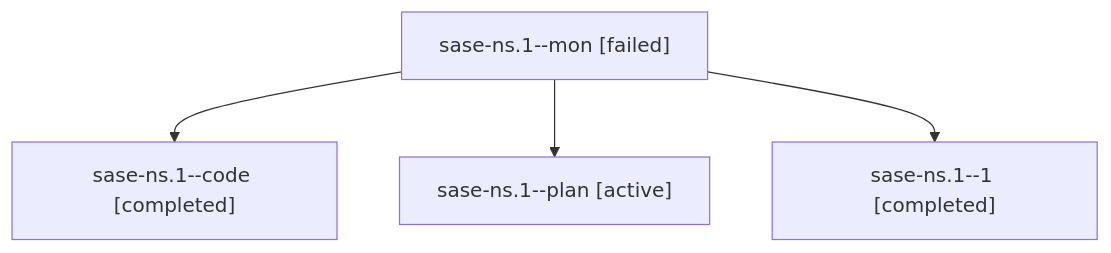
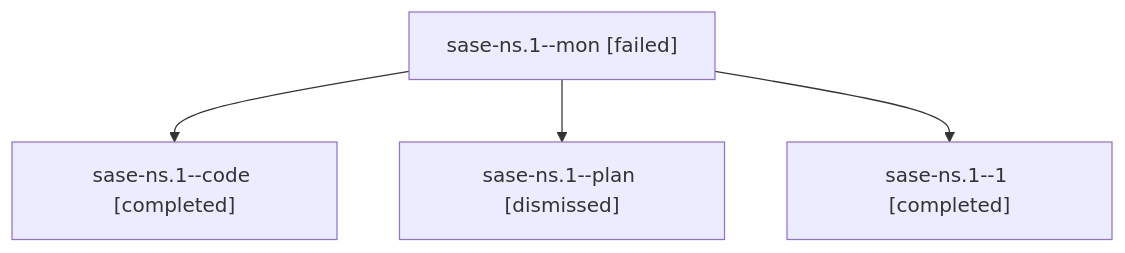
One commit to sase-org/sase--agents changed the diagram in sessions/bbugyi200.athena.sase-ns.1.md. Above: the diagram before and after it, drawn with Mermaid. The commit also changed other lines of this file and 219 other files, not shown here.

````diff
--- a/sessions/bbugyi200.athena.sase-ns.1.md
+++ b/sessions/bbugyi200.athena.sase-ns.1.md
@@ -9,10 +9,10 @@
 ```mermaid
 flowchart TD
   n0["sase-ns.1--mon [failed]"]
   n1["sase-ns.1--code [completed]"]
   n0 --> n1
-  n2["sase-ns.1--plan [active]"]
+  n2["sase-ns.1--plan [dismissed]"]
   n0 --> n2
   n3["sase-ns.1--1 [completed]"]
   n0 --> n3
 ```
````
